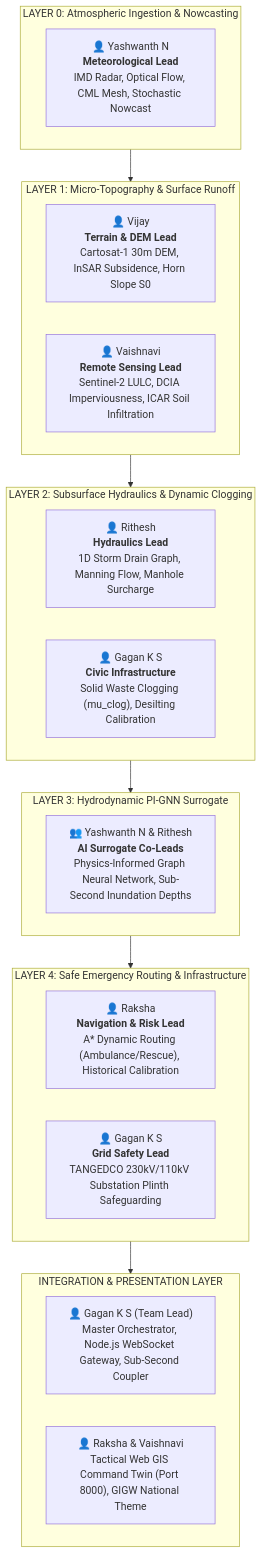
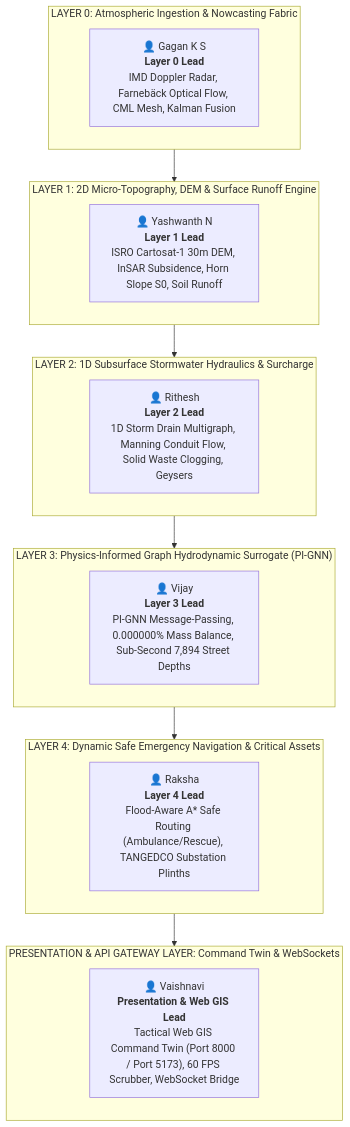
Before and after one commit to Rakshadevaraju08/Smart-India-Hackathon-2026: the diagram in ROLE_ASSIGNMENTS.md, drawn with Mermaid. The commit also changed other lines of this file, not shown here.

Commit message:
docs: update ROLE_ASSIGNMENTS.md with exact layer mapping: Layer 0 for Gagan, Layer 1 for Yashwanth, and rest divided among team

````diff
--- a/ROLE_ASSIGNMENTS.md
+++ b/ROLE_ASSIGNMENTS.md
@@ -10,36 +10,32 @@
 ```mermaid
 flowchart TD
-    subgraph L0["LAYER 0: Atmospheric Ingestion & Nowcasting"]
-        YASH["👤 Yashwanth N<br><b>Meteorological Lead</b><br>IMD Radar, Optical Flow, CML Mesh, Stochastic Nowcast"]
+    subgraph L0["LAYER 0: Atmospheric Ingestion & Nowcasting Fabric"]
+        GAGAN["👤 Gagan K S<br><b>Layer 0 Lead</b><br>IMD Doppler Radar, Farnebäck Optical Flow, CML Mesh, Kalman Fusion"]
     end
 
-    subgraph L1["LAYER 1: Micro-Topography & Surface Runoff"]
-        VIJAY["👤 Vijay<br><b>Terrain & DEM Lead</b><br>Cartosat-1 30m DEM, InSAR Subsidence, Horn Slope S0"]
-        VAISH["👤 Vaishnavi<br><b>Remote Sensing Lead</b><br>Sentinel-2 LULC, DCIA Imperviousness, ICAR Soil Infiltration"]
+    subgraph L1["LAYER 1: 2D Micro-Topography, DEM & Surface Runoff Engine"]
+        YASH["👤 Yashwanth N<br><b>Layer 1 Lead</b><br>ISRO Cartosat-1 30m DEM, InSAR Subsidence, Horn Slope S0, Soil Runoff"]
     end
 
-    subgraph L2["LAYER 2: Subsurface Hydraulics & Dynamic Clogging"]
-        RITH["👤 Rithesh<br><b>Hydraulics Lead</b><br>1D Storm Drain Graph, Manning Flow, Manhole Surcharge"]
-        GAGAN_L2["👤 Gagan K S<br><b>Civic Infrastructure</b><br>Solid Waste Clogging (mu_clog), Desilting Calibration"]
+    subgraph L2["LAYER 2: 1D Subsurface Stormwater Hydraulics & Surcharge"]
+        RITH["👤 Rithesh<br><b>Layer 2 Lead</b><br>1D Storm Drain Multigraph, Manning Conduit Flow, Solid Waste Clogging, Geysers"]
     end
 
-    subgraph L3["LAYER 3: Hydrodynamic PI-GNN Surrogate"]
-        SURR["👥 Yashwanth N & Rithesh<br><b>AI Surrogate Co-Leads</b><br>Physics-Informed Graph Neural Network, Sub-Second Inundation Depths"]
+    subgraph L3["LAYER 3: Physics-Informed Graph Hydrodynamic Surrogate (PI-GNN)"]
+        VIJAY["👤 Vijay<br><b>Layer 3 Lead</b><br>PI-GNN Message-Passing, 0.000000% Mass Balance, Sub-Second 7,894 Street Depths"]
     end
 
-    subgraph L4["LAYER 4: Safe Emergency Routing & Infrastructure"]
-        RAKSHA["👤 Raksha<br><b>Navigation & Risk Lead</b><br>A* Dynamic Routing (Ambulance/Rescue), Historical Calibration"]
-        GAGAN_L4["👤 Gagan K S<br><b>Grid Safety Lead</b><br>TANGEDCO 230kV/110kV Substation Plinth Safeguarding"]
+    subgraph L4["LAYER 4: Dynamic Safe Emergency Navigation & Critical Assets"]
+        RAKSHA["👤 Raksha<br><b>Layer 4 Lead</b><br>Flood-Aware A* Safe Routing (Ambulance/Rescue), TANGEDCO Substation Plinths"]
     end
 
-    subgraph PRESENTATION["INTEGRATION & PRESENTATION LAYER"]
-        GAGAN_INT["👤 Gagan K S (Team Lead)<br>Master Orchestrator, Node.js WebSocket Gateway, Sub-Second Coupler"]
-        UI_TEAM["👤 Raksha & Vaishnavi<br>Tactical Web GIS Command Twin (Port 8000), GIGW National Theme"]
+    subgraph PRESENTATION["PRESENTATION & API GATEWAY LAYER: Command Twin & WebSockets"]
+        VAISH["👤 Vaishnavi<br><b>Presentation & Web GIS Lead</b><br>Tactical Web GIS Command Twin (Port 8000 / Port 5173), 60 FPS Scrubber, WebSocket Bridge"]
     end
 
     L0 --> L1
     L1 --> L2
     L2 --> L3
     L3 --> L4
     L4 --> PRESENTATION
 ```
````
